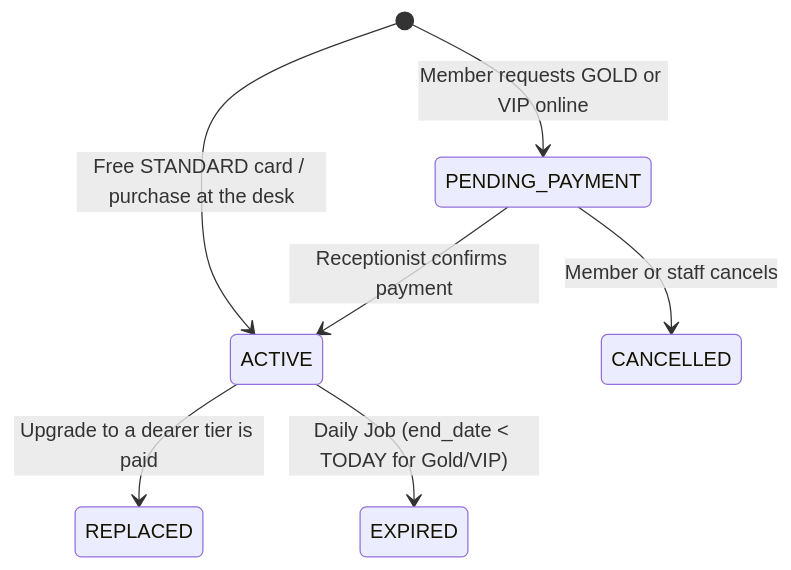
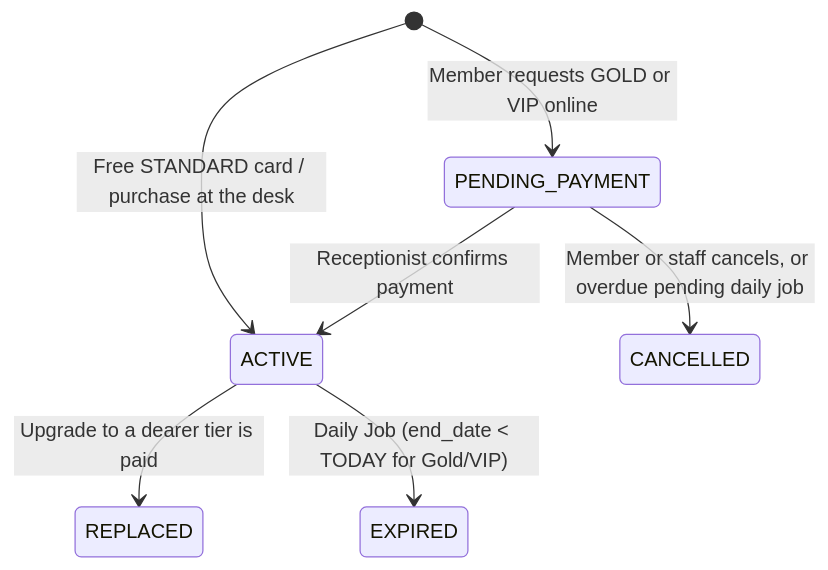
Before and after one commit to senko-do-thingz/G3-SportCentreManagement: the second of 10 diagrams in docs/database/09-business-rules-and-state-machines.md, drawn with Mermaid. The commit also changed other lines of this file and 32 other files, not shown here.

````diff
--- a/docs/database/09-business-rules-and-state-machines.md
+++ b/docs/database/09-business-rules-and-state-machines.md
@@ -21,9 +21,9 @@
 ```mermaid
 stateDiagram-v2
     [*] --> ACTIVE : Free STANDARD card / purchase at the desk
     [*] --> PENDING_PAYMENT : Member requests GOLD or VIP online
     PENDING_PAYMENT --> ACTIVE : Receptionist confirms payment
-    PENDING_PAYMENT --> CANCELLED : Member or staff cancels
+    PENDING_PAYMENT --> CANCELLED : Member or staff cancels, or overdue pending daily job
     ACTIVE --> REPLACED : Upgrade to a dearer tier is paid
     ACTIVE --> EXPIRED : Daily Job (end_date < TODAY for Gold/VIP)
 ```
````
